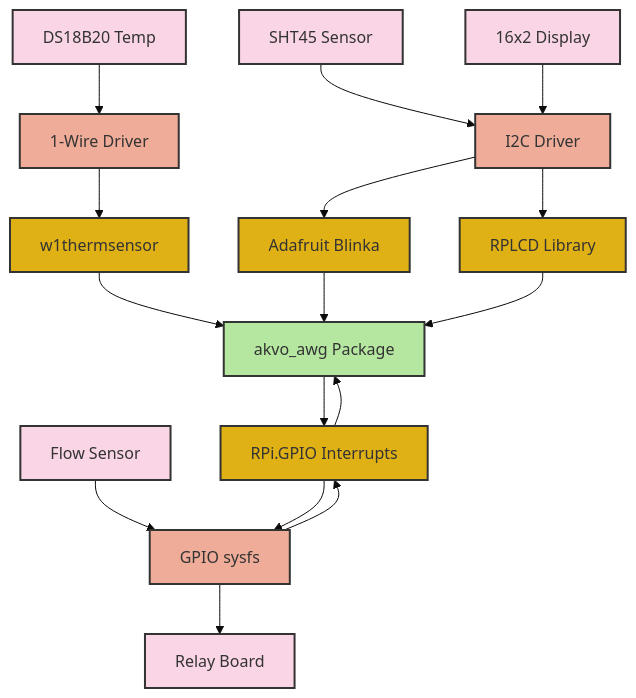
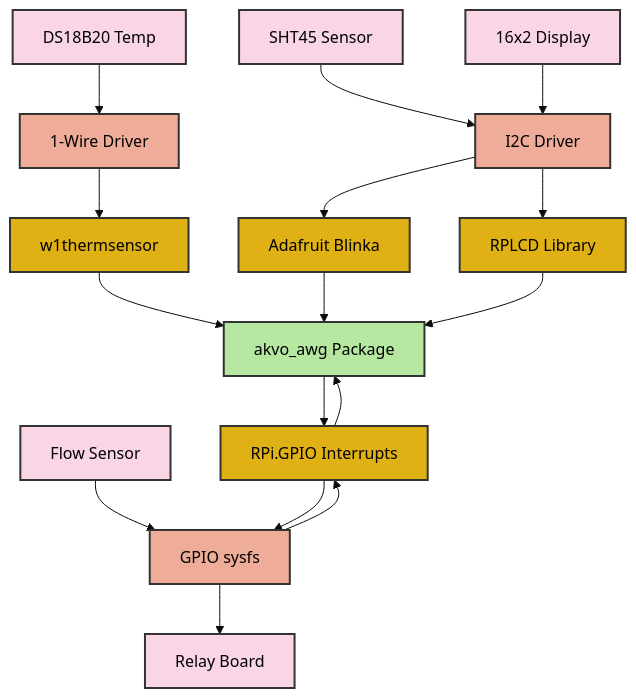
One commit to Mithunjagan/AKVO-intern changed the first of 2 diagrams in README.md. Above: the diagram before and after it, drawn with Mermaid (base theme). The commit also changed 1 other file, not shown here.

Commit message:
Fix: Added dark text styling to Mermaid nodes for high contrast and readability on dark mode

````diff
--- a/README.md
+++ b/README.md
@@ -37,14 +37,14 @@
 ```mermaid
 graph TD
     %% Styling
-    classDef hardware fill:#f9d5e5,stroke:#333,stroke-width:2px;
-    classDef drivers fill:#eeac99,stroke:#333,stroke-width:2px;
-    classDef libs fill:#e0b115,stroke:#333,stroke-width:2px;
-    classDef core fill:#b5e7a0,stroke:#333,stroke-width:2px;
+    classDef hardware fill:#f9d5e5,stroke:#333,stroke-width:2px,color:#000;
+    classDef drivers fill:#eeac99,stroke:#333,stroke-width:2px,color:#000;
+    classDef libs fill:#e0b115,stroke:#333,stroke-width:2px,color:#000;
+    classDef core fill:#b5e7a0,stroke:#333,stroke-width:2px,color:#000;
 
     ds[DS18B20 Temp]:::hardware --> w1[1-Wire Driver]:::drivers --> python_w1[w1thermsensor]:::libs --> app[akvo_awg Package]:::core
     sht[SHT45 Sensor]:::hardware --> i2c[I2C Driver]:::drivers --> blinka[Adafruit Blinka]:::libs --> app
     lcd[16x2 Display]:::hardware --> i2c --> rplcd[RPLCD Library]:::libs --> app
     flow[Flow Sensor]:::hardware --> sysfs[GPIO sysfs]:::drivers --> rpi[RPi.GPIO Interrupts]:::libs --> app
     app --> rpi --> sysfs --> relays[Relay Board]:::hardware
 ```
````
